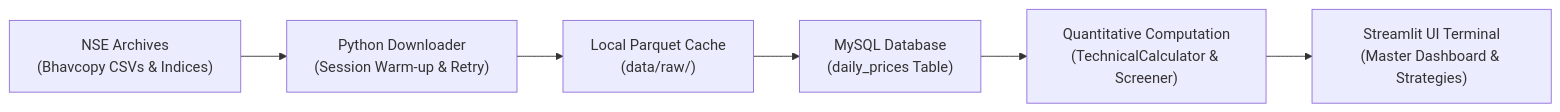
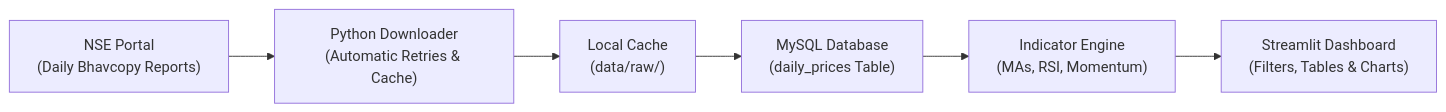
The diagram in README.md (YashSharma333/nse-screener), drawn with Mermaid before and after one commit. The commit also changed other lines of this file, not shown here.

````diff
--- a/README.md
+++ b/README.md
@@ -34,8 +37,8 @@
 ```mermaid
 flowchart LR
-    A["NSE Archives\n(Bhavcopy CSVs & Indices)"] --> B["Python Downloader\n(Session Warm-up & Retry)"]
-    B --> C["Local Parquet Cache\n(data/raw/)"]
+    A["NSE Portal\n(Daily Bhavcopy Reports)"] --> B["Python Downloader\n(Automatic Retries & Cache)"]
+    B --> C["Local Cache\n(data/raw/)"]
     C --> D["MySQL Database\n(daily_prices Table)"]
-    D --> E["Quantitative Computation\n(TechnicalCalculator & Screener)"]
-    E --> F["Streamlit UI Terminal\n(Master Dashboard & Strategies)"]
+    D --> E["Indicator Engine\n(MAs, RSI, Momentum)"]
+    E --> F["Streamlit Dashboard\n(Filters, Tables & Charts)"]
 ```
````
